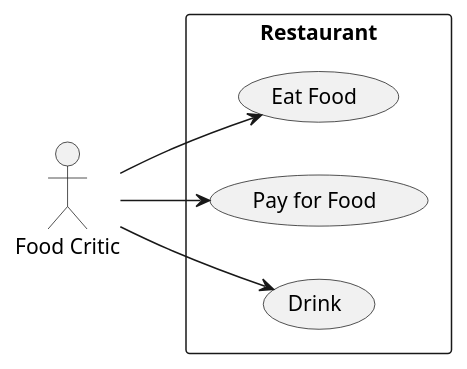
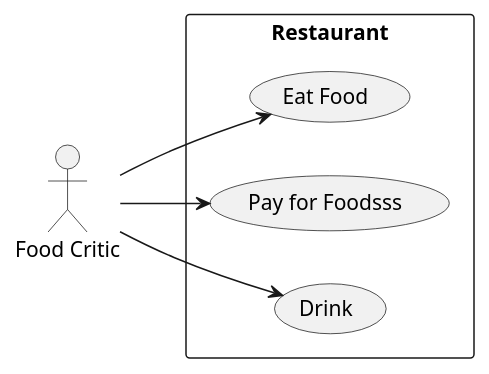
Before and after one commit to NhanNguyen1152/_EduSystem: the diagram in Diagrams/UseCase.plantuml, drawn with PlantUML. The commit also changed 3 other files, not shown here.

```diff
--- a/Diagrams/UseCase.plantuml
+++ b/Diagrams/UseCase.plantuml
@@ -1,12 +1,12 @@
 @startuml new
 left to right direction
 actor "Food Critic" as fc
 rectangle Restaurant {
   usecase "Eat Food" as UC1
-  usecase "Pay for Food" as UC2
+  usecase "Pay for Foodsss" as UC2
   usecase "Drink" as UC3
 }
 fc --> UC1
 fc --> UC2
 fc --> UC3
 @enduml
```
